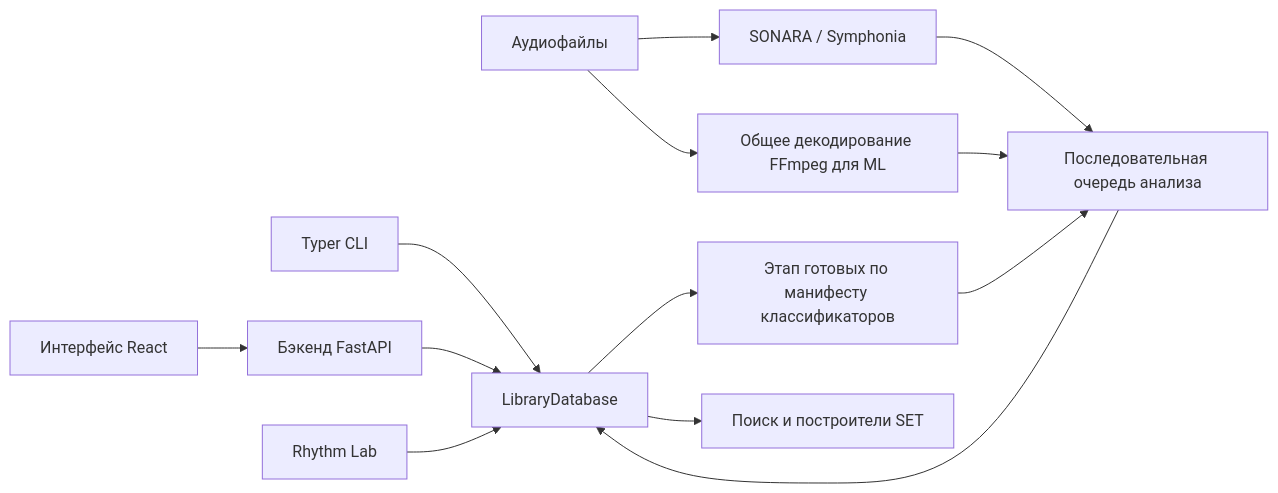
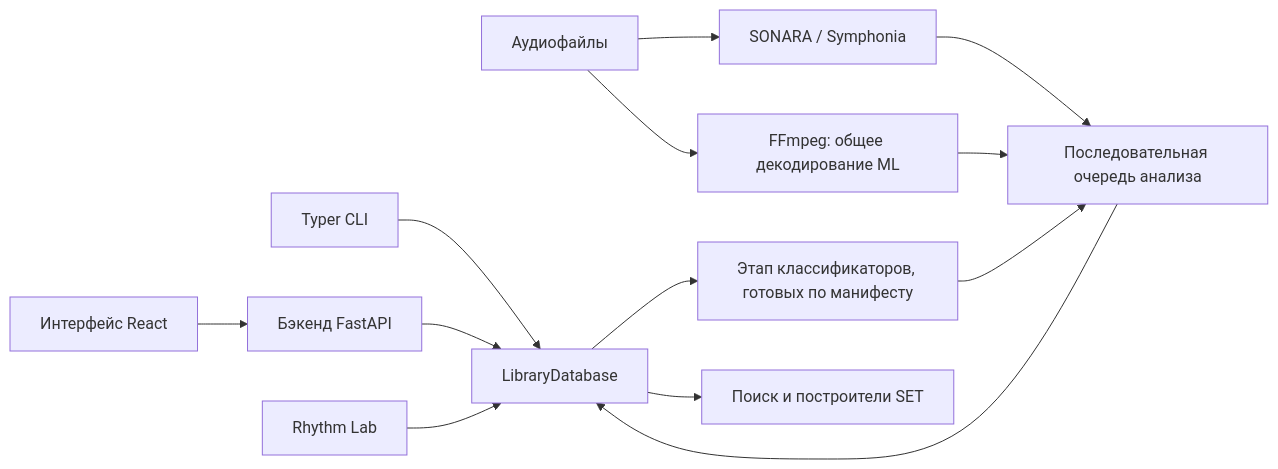
Before and after one commit to MeteorBurn/dj-track-similarity: the diagram in docs/dj-track-similarity/ru/developer/architecture.md, drawn with Mermaid. The commit also changed other lines of this file and 57 other files, not shown here.

````diff
--- a/docs/dj-track-similarity/ru/developer/architecture.md
+++ b/docs/dj-track-similarity/ru/developer/architecture.md
@@ -9,15 +9,15 @@
 ```mermaid
 flowchart LR
     CLI[Typer CLI] --> DB[LibraryDatabase]
     API[Бэкенд FastAPI] --> DB
     UI[Интерфейс React] --> API
     Audio[Аудиофайлы] --> Sonara[SONARA / Symphonia]
-    Audio --> FFmpeg[Общее декодирование FFmpeg для ML]
+    Audio --> FFmpeg[FFmpeg: общее декодирование ML]
     Sonara --> Queue[Последовательная очередь анализа]
     FFmpeg --> Queue
     Queue --> DB
-    DB --> Classifiers[Этап готовых по манифесту классификаторов]
+    DB --> Classifiers[Этап классификаторов, готовых по манифесту]
     Classifiers --> Queue
     DB --> Search[Поиск и построители SET]
     Lab[Rhythm Lab] --> DB
 ```
````
